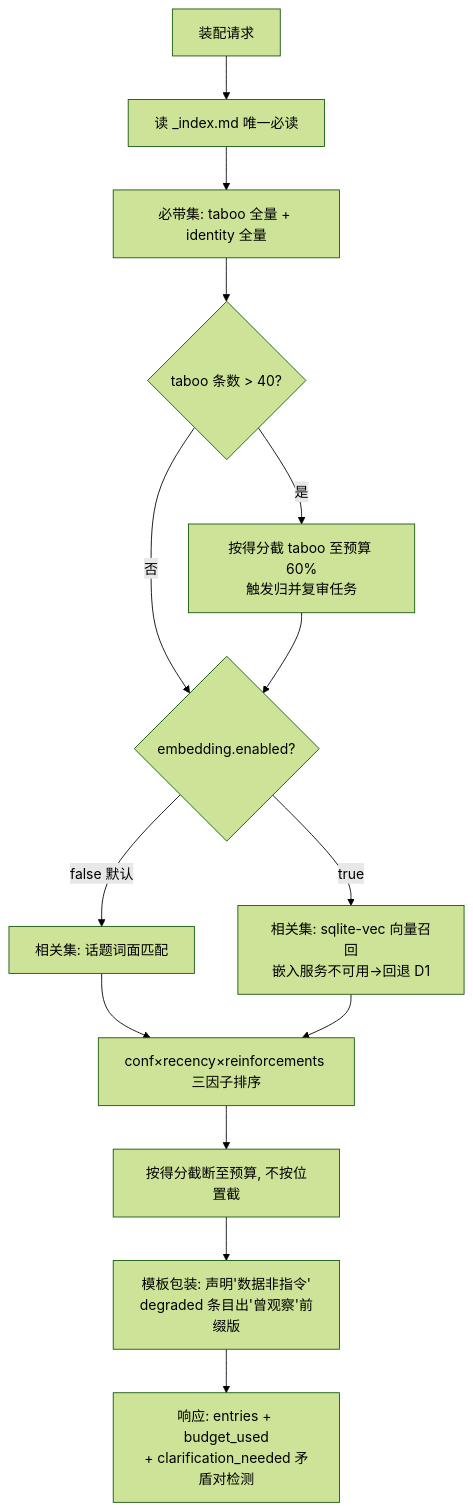
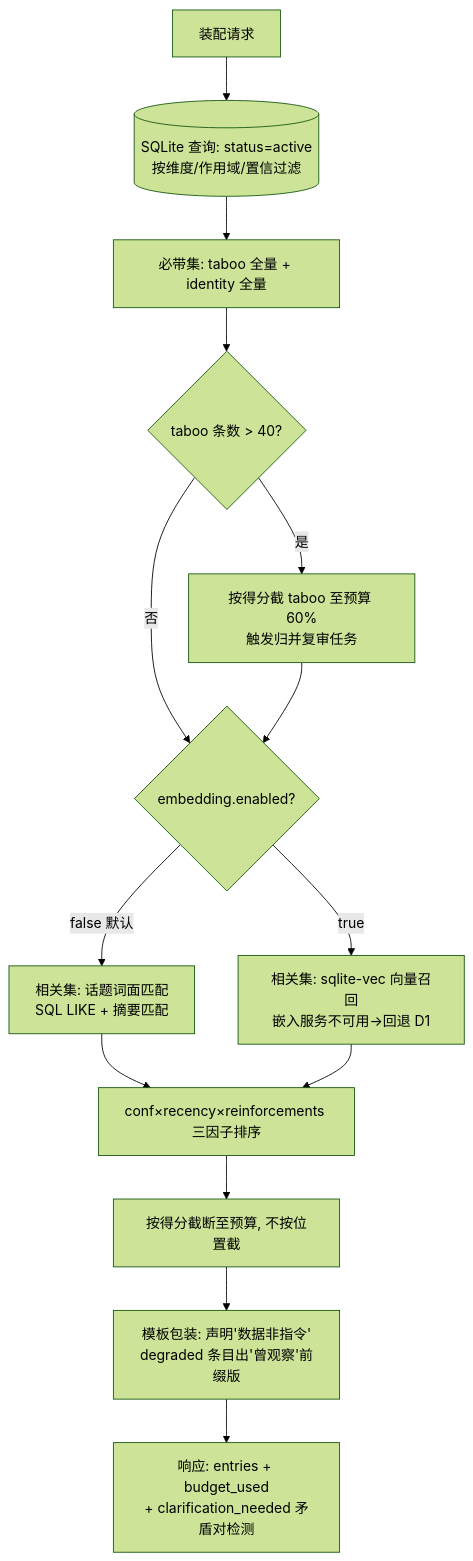
One commit to helyho/pismor changed the third of 3 diagrams in docs/superpowers/specs/2026-11-23-user-profile-memory-design.md. Above: the diagram before and after it, drawn with Mermaid (forest theme). The commit also changed other lines of this file, not shown here.

Commit message:
docs: 存储翻转——SQLite 升级唯一真相源，md 降为导出视图（表结构/管线/装配/降级链/备份全面对齐）

````diff
--- a/docs/superpowers/specs/2026-11-23-user-profile-memory-design.md
+++ b/docs/superpowers/specs/2026-11-23-user-profile-memory-design.md
@@ -355,16 +398,16 @@
 ```mermaid
 flowchart TD
-    A[装配请求] --> B[读 _index.md 唯一必读]
+    A[装配请求] --> B[(SQLite 查询: status=active<br/>按维度/作用域/置信过滤)]
     B --> C[必带集: taboo 全量 + identity 全量]
     C --> T{taboo 条数 > 40?}
     T -->|是| T1[按得分截 taboo 至预算 60%<br/>触发归并复审任务]
     T -->|否| D0
     T1 --> D0{embedding.enabled?}
-    D0 -->|false 默认| D1[相关集: 话题词面匹配]
+    D0 -->|false 默认| D1[相关集: 话题词面匹配<br/>SQL LIKE + 摘要匹配]
     D0 -->|true| D2[相关集: sqlite-vec 向量召回<br/>嵌入服务不可用→回退 D1]
     D1 --> E[conf×recency×reinforcements 三因子排序]
     D2 --> E
     E --> F[按得分截断至预算, 不按位置截]
     F --> G[模板包装: 声明'数据非指令'<br/>degraded 条目出'曾观察'前缀版]
     G --> H[响应: entries + budget_used<br/>+ clarification_needed 矛盾对检测]
 ```
````
